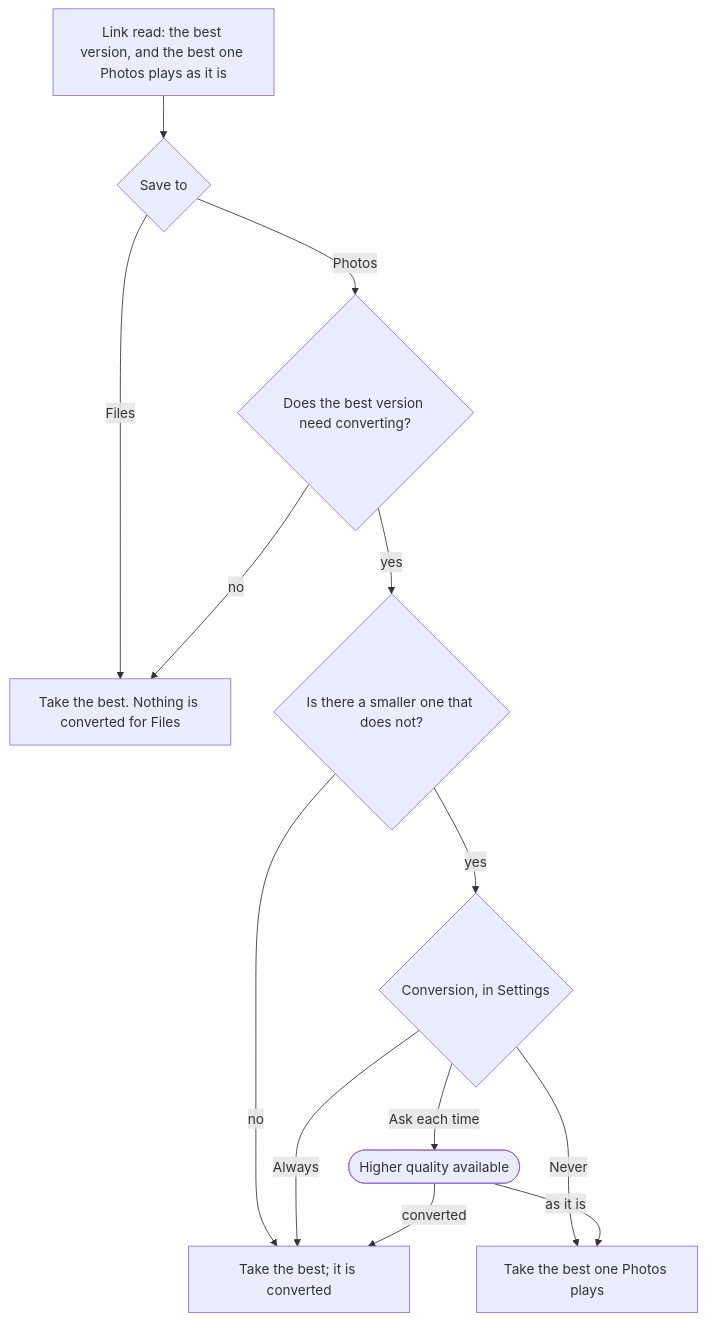
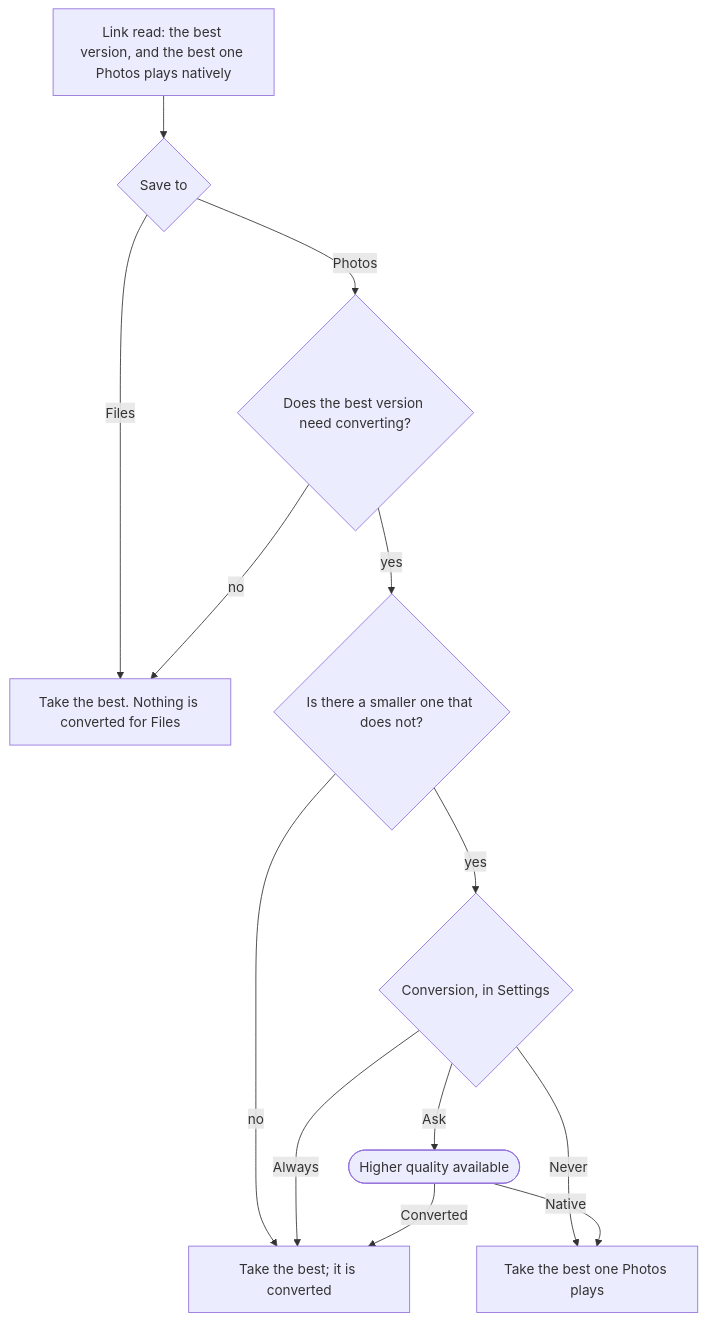
The second of 4 diagrams in docs/BEHAVIOR.md (TheKfcBandit/UMDL), drawn with Mermaid before and after one commit. The commit also changed other lines of this file and 14 other files, not shown here.

````diff
--- a/docs/BEHAVIOR.md
+++ b/docs/BEHAVIOR.md
@@ -171,15 +171,15 @@
 ```mermaid
 flowchart TD
-    R["Link read: the best version, and the best one Photos plays as it is"] --> F{"Save to"}
+    R["Link read: the best version, and the best one Photos plays natively"] --> F{"Save to"}
     F -- "Files" --> B["Take the best. Nothing is converted for Files"]
     F -- "Photos" --> N{"Does the best version need converting?"}
     N -- "no" --> B
     N -- "yes" --> A{"Is there a smaller one that does not?"}
     A -- "no" --> B2["Take the best; it is converted"]
     A -- "yes" --> P{"Conversion, in Settings"}
     P -- "Always" --> B2
     P -- "Never" --> S["Take the best one Photos plays"]
-    P -- "Ask each time" --> Q(["Higher quality available"])
-    Q -- "converted" --> B2
-    Q -- "as it is" --> S
+    P -- "Ask" --> Q(["Higher quality available"])
+    Q -- "Converted" --> B2
+    Q -- "Native" --> S
 ```
````
